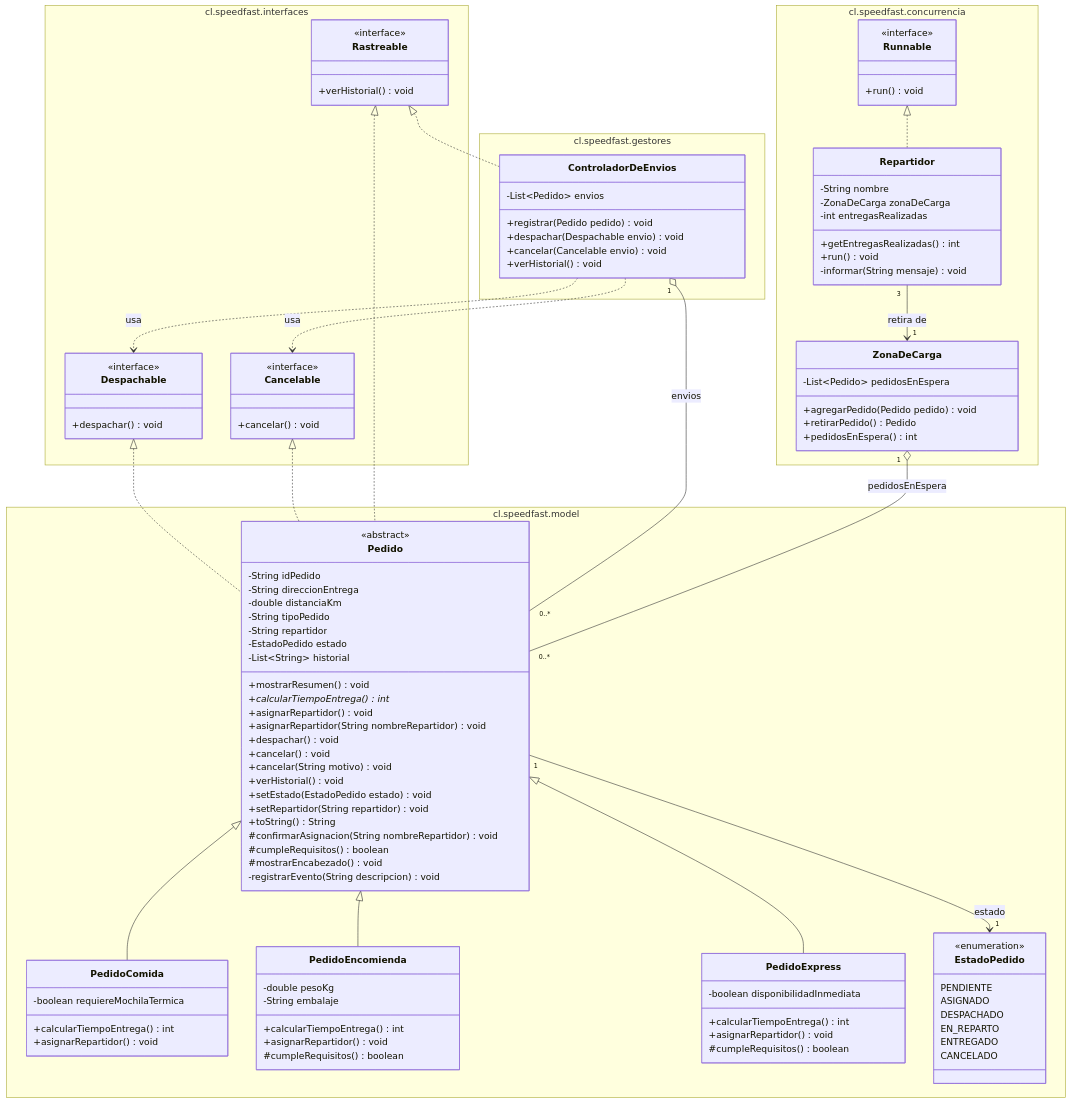
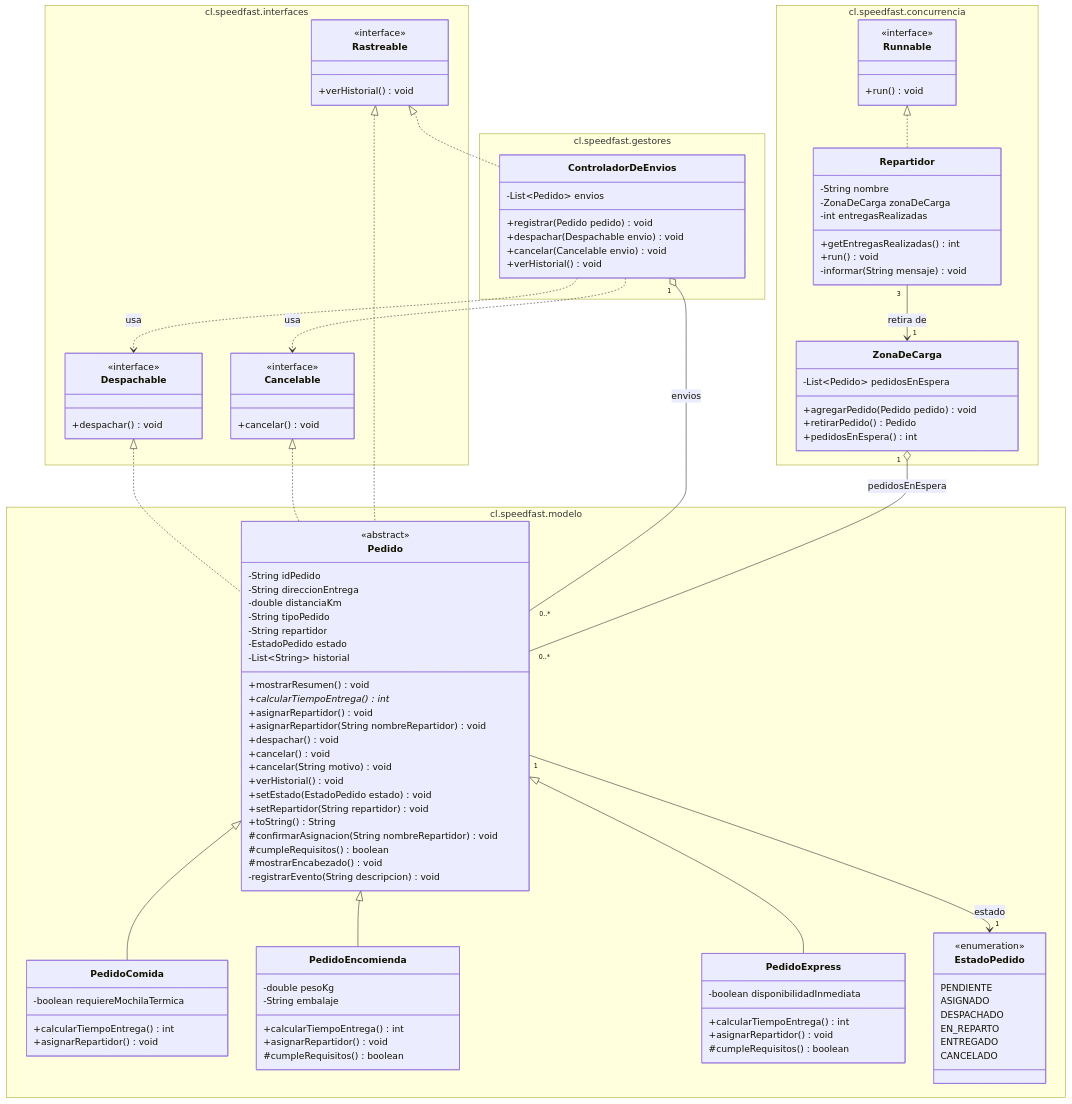
The diagram in README.md (kamivillabla/SpeedFast), drawn with Mermaid before and after one commit. The commit also changed other lines of this file and 11 other files, not shown here.

Commit message:
refactor(modelo): renombra el paquete model a modelo

```diff
--- a/README.md
+++ b/README.md
@@ -104,7 +104,7 @@
         }
     }
 
-    namespace cl.speedfast.model {
+    namespace cl.speedfast.modelo {
         class Pedido {
             <<abstract>>
             -String idPedido
```
